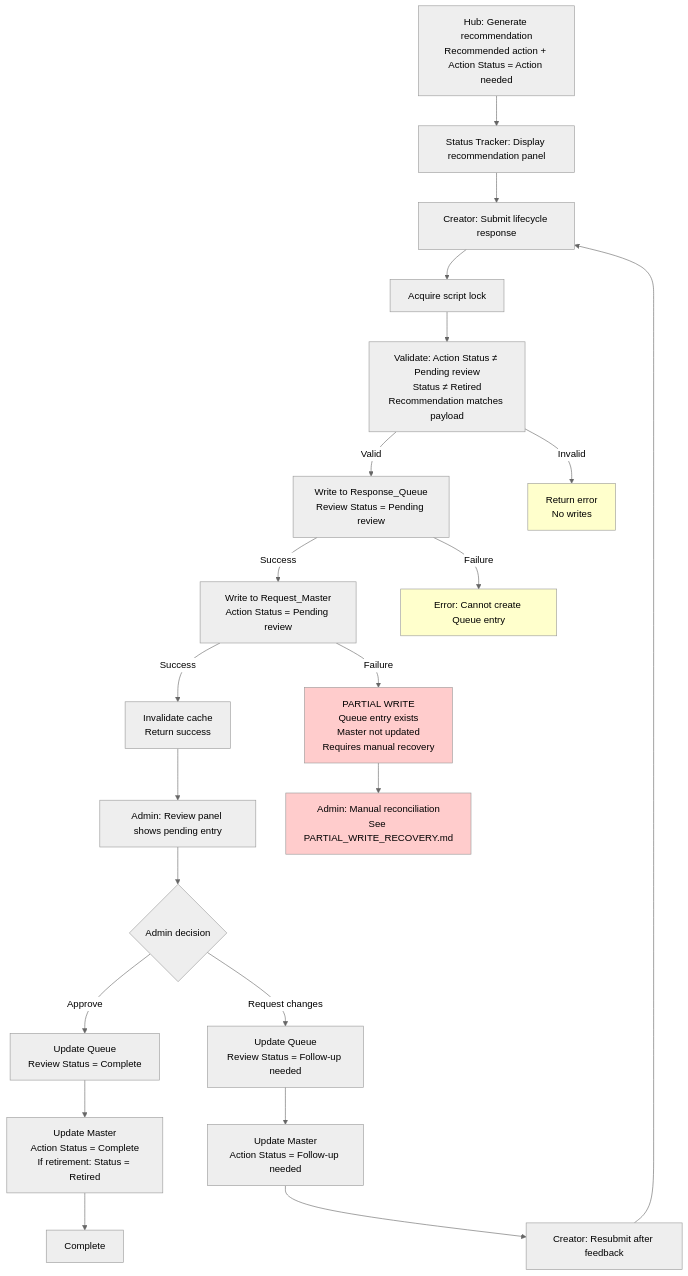
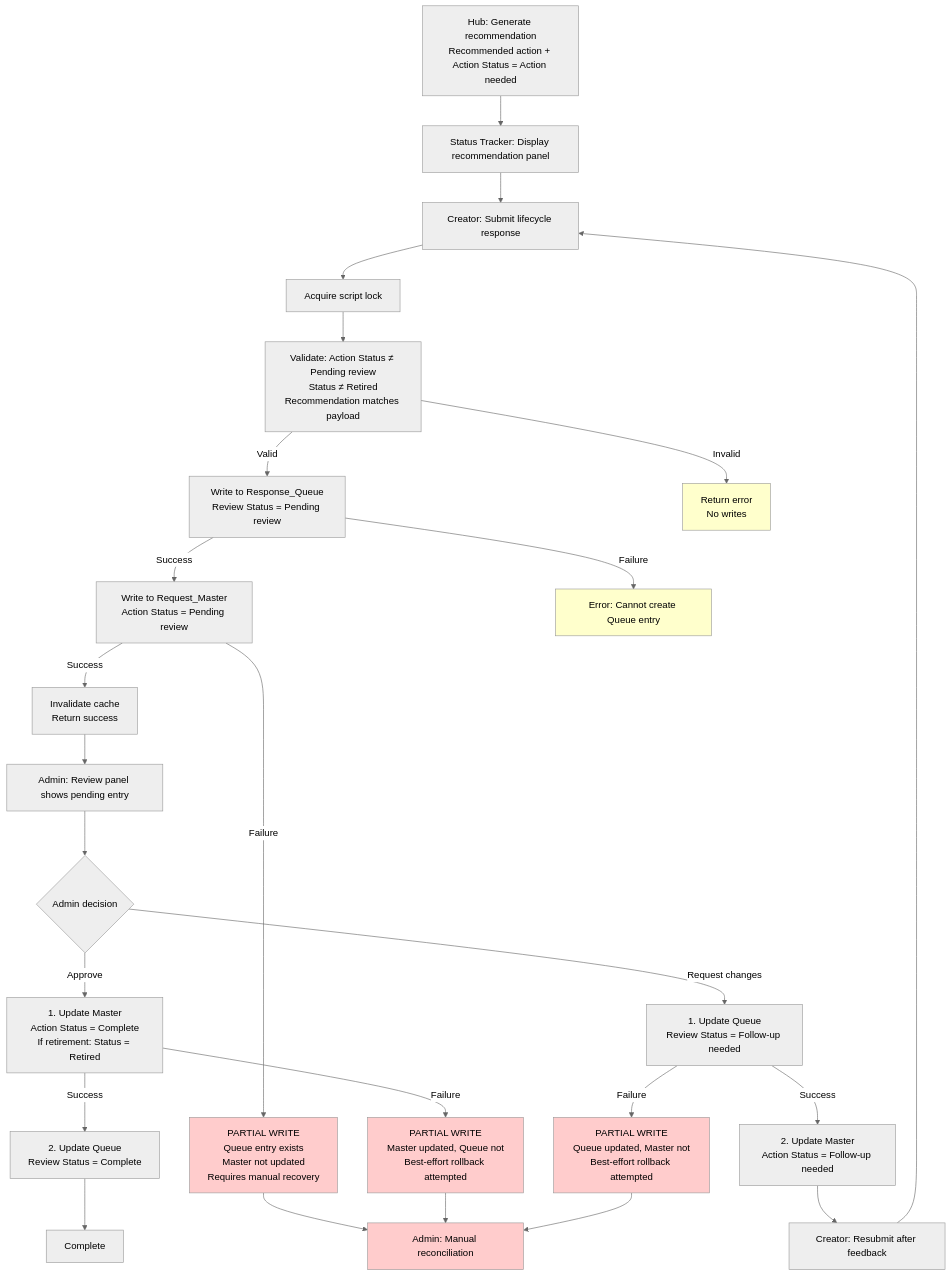
One commit to rubyyyyang/interactive-experience-intake changed the diagram in docs/status-tracker-lifecycle.md. Above: the diagram before and after it, drawn with Mermaid (neutral theme). The commit also changed other lines of this file, not shown here.

First line of the commit message:
docs: correct Status Tracker lifecycle documentation factual errors

````diff
--- a/docs/status-tracker-lifecycle.md
+++ b/docs/status-tracker-lifecycle.md
@@ -24,29 +24,35 @@
 ```mermaid
 flowchart TD
     Start[Hub: Generate recommendation<br/>Recommended action + Action Status = Action needed]
     Start --> Display[Status Tracker: Display recommendation panel]
     Display --> Submit[Creator: Submit lifecycle response]
     Submit --> Lock[Acquire script lock]
     Lock --> Validate[Validate: Action Status ≠ Pending review<br/>Status ≠ Retired<br/>Recommendation matches payload]
     Validate -->|Valid| Queue[Write to Response_Queue<br/>Review Status = Pending review]
     Validate -->|Invalid| ErrorValidation[Return error<br/>No writes]
     Queue -->|Success| Master[Write to Request_Master<br/>Action Status = Pending review]
     Queue -->|Failure| ErrorQueue[Error: Cannot create Queue entry]
     Master -->|Success| Cache[Invalidate cache<br/>Return success]
     Master -->|Failure| ErrorPartial[PARTIAL WRITE<br/>Queue entry exists<br/>Master not updated<br/>Requires manual recovery]
     Cache --> AdminPanel[Admin: Review panel shows pending entry]
     AdminPanel --> AdminDecision{Admin decision}
-    AdminDecision -->|Approve| ApproveQueue[Update Queue<br/>Review Status = Complete]
-    AdminDecision -->|Request changes| RejectQueue[Update Queue<br/>Review Status = Follow-up needed]
-    ApproveQueue --> ApproveMaster[Update Master<br/>Action Status = Complete<br/>If retirement: Status = Retired]
-    RejectQueue --> RejectMaster[Update Master<br/>Action Status = Follow-up needed]
-    ApproveMaster --> Done[Complete]
+    AdminDecision -->|Approve| ApproveMaster[1. Update Master<br/>Action Status = Complete<br/>If retirement: Status = Retired]
+    AdminDecision -->|Request changes| RejectQueue[1. Update Queue<br/>Review Status = Follow-up needed]
+    ApproveMaster -->|Success| ApproveQueue[2. Update Queue<br/>Review Status = Complete]
+    RejectQueue -->|Success| RejectMaster[2. Update Master<br/>Action Status = Follow-up needed]
+    ApproveMaster -->|Failure| ApprovePartial[PARTIAL WRITE<br/>Master updated, Queue not<br/>Best-effort rollback attempted]
+    RejectQueue -->|Failure| RejectPartial[PARTIAL WRITE<br/>Queue updated, Master not<br/>Best-effort rollback attempted]
+    ApproveQueue --> Done[Complete]
     RejectMaster --> Resubmit[Creator: Resubmit after feedback]
     Resubmit --> Submit
-    ErrorPartial --> ManualFix[Admin: Manual reconciliation<br/>See PARTIAL_WRITE_RECOVERY.md]
+    ErrorPartial --> ManualFix[Admin: Manual reconciliation]
+    ApprovePartial --> ManualFix
+    RejectPartial --> ManualFix
 
     style ErrorPartial fill:#ffcccc
+    style ApprovePartial fill:#ffcccc
+    style RejectPartial fill:#ffcccc
     style ErrorValidation fill:#ffffcc
     style ErrorQueue fill:#ffffcc
     style ManualFix fill:#ffcccc
 ```
````
